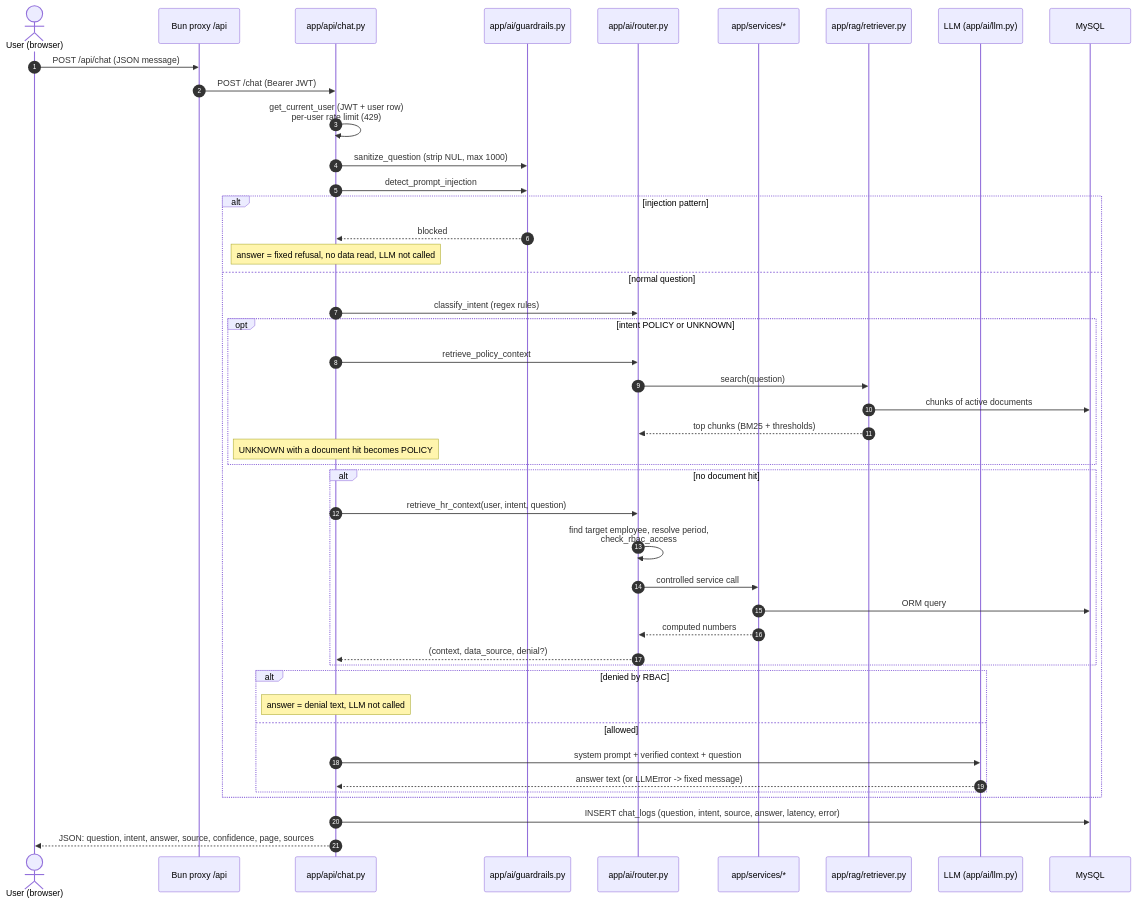
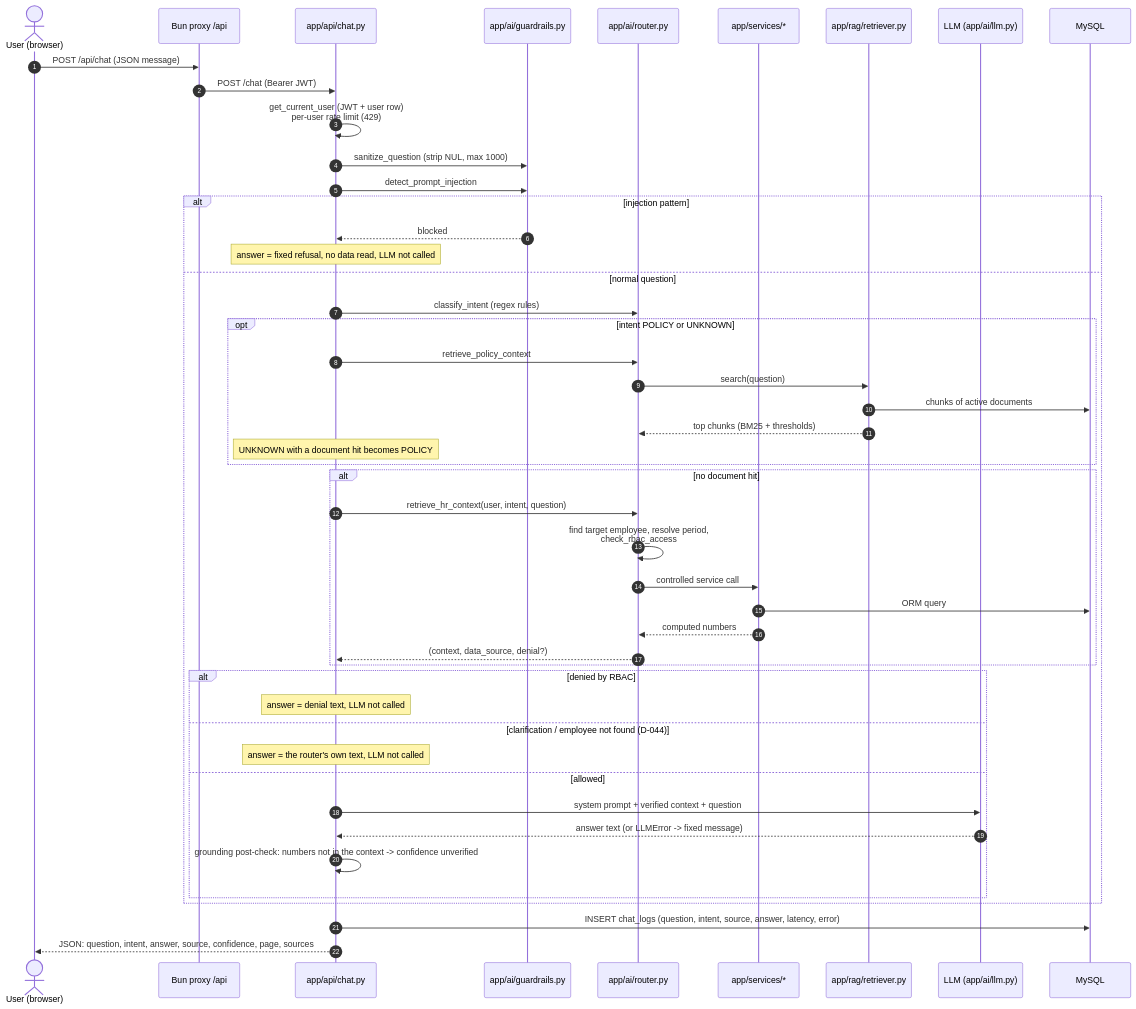
One commit to surajbuild/hr_assistant changed the third of 3 diagrams in docs/ARCHITECTURE.md. Above: the diagram before and after it, drawn with Mermaid. The commit also changed other lines of this file and 10 other files, not shown here.

````diff
--- a/docs/ARCHITECTURE.md
+++ b/docs/ARCHITECTURE.md
@@ -275,48 +275,51 @@
 ```mermaid
 sequenceDiagram
     autonumber
     actor U as User (browser)
     participant P as Bun proxy /api
     participant C as app/api/chat.py
     participant G as app/ai/guardrails.py
     participant R as app/ai/router.py
     participant S as app/services/*
     participant X as app/rag/retriever.py
     participant L as LLM (app/ai/llm.py)
     participant D as MySQL
 
     U->>P: POST /api/chat (JSON message)
     P->>C: POST /chat (Bearer JWT)
     C->>C: get_current_user (JWT + user row)<br/>per-user rate limit (429)
     C->>G: sanitize_question (strip NUL, max 1000)
     C->>G: detect_prompt_injection
     alt injection pattern
         G-->>C: blocked
         Note over C: answer = fixed refusal, no data read, LLM not called
     else normal question
         C->>R: classify_intent (regex rules)
         opt intent POLICY or UNKNOWN
             C->>R: retrieve_policy_context
             R->>X: search(question)
             X->>D: chunks of active documents
             X-->>R: top chunks (BM25 + thresholds)
             Note over C: UNKNOWN with a document hit becomes POLICY
         end
         alt no document hit
             C->>R: retrieve_hr_context(user, intent, question)
             R->>R: find target employee, resolve period,<br/>check_rbac_access
             R->>S: controlled service call
             S->>D: ORM query
             S-->>R: computed numbers
             R-->>C: (context, data_source, denial?)
         end
         alt denied by RBAC
             Note over C: answer = denial text, LLM not called
+        else clarification / employee not found (D-044)
+            Note over C: answer = the router's own text, LLM not called
         else allowed
             C->>L: system prompt + verified context + question
             L-->>C: answer text (or LLMError -> fixed message)
+            C->>C: grounding post-check: numbers not in the context -> confidence unverified
         end
     end
     C->>D: INSERT chat_logs (question, intent, source, answer, latency, error)
     C-->>U: JSON: question, intent, answer, source, confidence, page, sources
 ```
````
